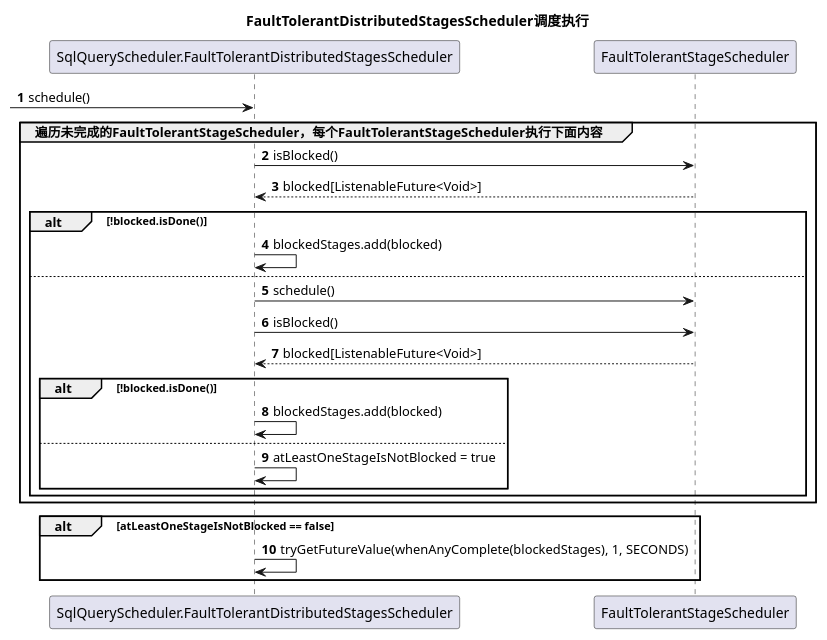
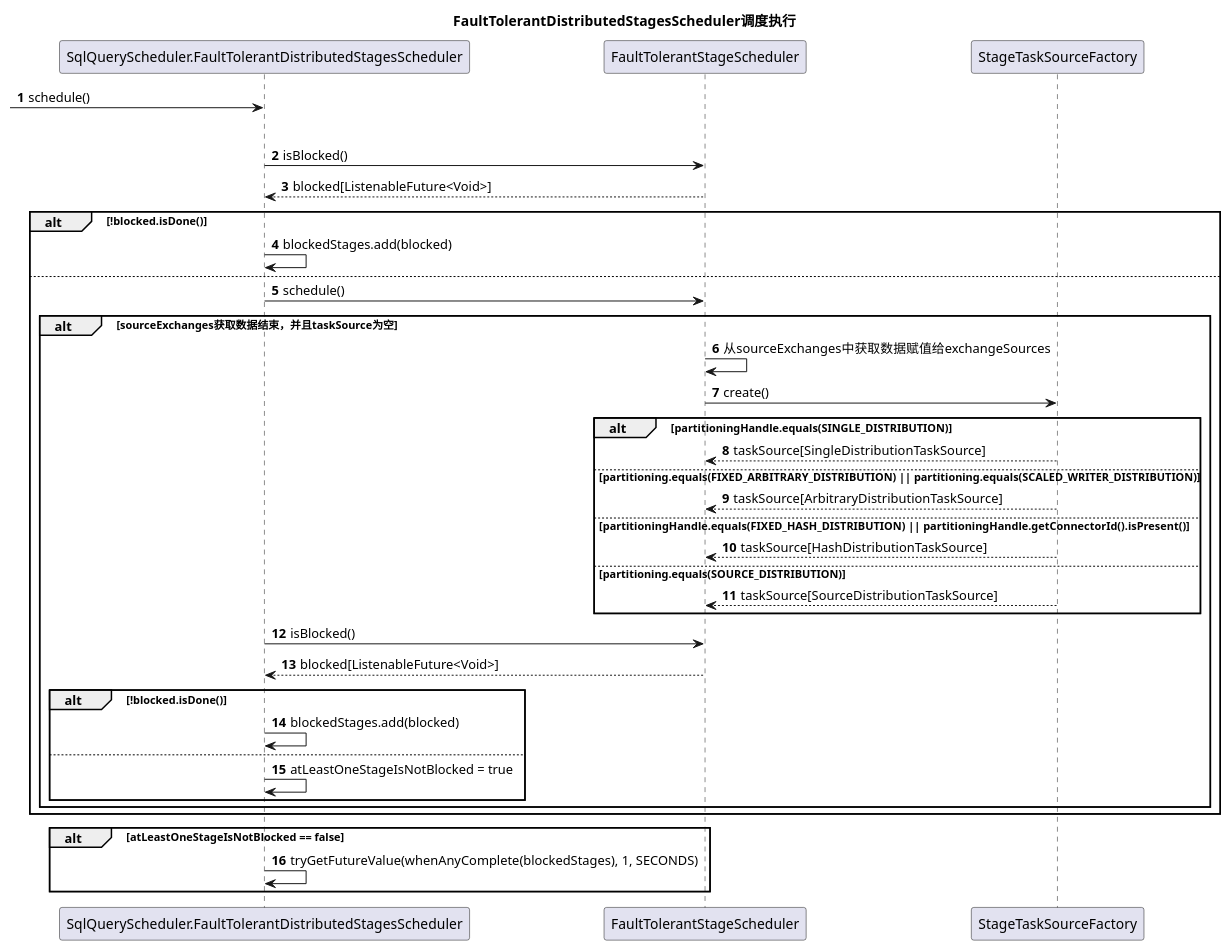
One commit to pyh8023/study changed the third of 3 diagrams in trino/trino_query_scheduler.puml. Above: the diagram before and after it, drawn with PlantUML.

Commit message:
trino查询调度更新

```diff
--- a/trino/trino_query_scheduler.puml
+++ b/trino/trino_query_scheduler.puml
@@ -133,26 +133,37 @@
 @startuml
 title FaultTolerantDistributedStagesScheduler调度执行
 autonumber
 participant SqlQueryScheduler.FaultTolerantDistributedStagesScheduler as FaultTolerantDistributedStagesScheduler
 -> FaultTolerantDistributedStagesScheduler : schedule()
 group 遍历未完成的FaultTolerantStageScheduler，每个FaultTolerantStageScheduler执行下面内容
     FaultTolerantDistributedStagesScheduler ->  FaultTolerantStageScheduler : isBlocked()
     return blocked[ListenableFuture<Void>]
     alt !blocked.isDone()
         FaultTolerantDistributedStagesScheduler -> FaultTolerantDistributedStagesScheduler : blockedStages.add(blocked)
     else
         FaultTolerantDistributedStagesScheduler ->  FaultTolerantStageScheduler : schedule()
-
+        alt sourceExchanges获取数据结束，并且taskSource为空
+            FaultTolerantStageScheduler -> FaultTolerantStageScheduler : 从sourceExchanges中获取数据赋值给exchangeSources
+            FaultTolerantStageScheduler -> StageTaskSourceFactory : create()
+            alt partitioningHandle.equals(SINGLE_DISTRIBUTION)
+                FaultTolerantStageScheduler <-- StageTaskSourceFactory : taskSource[SingleDistributionTaskSource]
+            else partitioning.equals(FIXED_ARBITRARY_DISTRIBUTION) || partitioning.equals(SCALED_WRITER_DISTRIBUTION)
+                FaultTolerantStageScheduler <-- StageTaskSourceFactory : taskSource[ArbitraryDistributionTaskSource]
+            else partitioningHandle.equals(FIXED_HASH_DISTRIBUTION)  || partitioningHandle.getConnectorId().isPresent()
+                FaultTolerantStageScheduler <-- StageTaskSourceFactory : taskSource[HashDistributionTaskSource]
+            else partitioning.equals(SOURCE_DISTRIBUTION)
+                FaultTolerantStageScheduler <-- StageTaskSourceFactory : taskSource[SourceDistributionTaskSource]
+        end
         FaultTolerantDistributedStagesScheduler ->  FaultTolerantStageScheduler : isBlocked()
         return blocked[ListenableFuture<Void>]
         alt !blocked.isDone()
             FaultTolerantDistributedStagesScheduler -> FaultTolerantDistributedStagesScheduler : blockedStages.add(blocked)
         else
             FaultTolerantDistributedStagesScheduler -> FaultTolerantDistributedStagesScheduler : atLeastOneStageIsNotBlocked = true
         end
     end
 end
 alt atLeastOneStageIsNotBlocked == false
     FaultTolerantDistributedStagesScheduler -> FaultTolerantDistributedStagesScheduler : tryGetFutureValue(whenAnyComplete(blockedStages), 1, SECONDS)
 end
 @enduml
```
